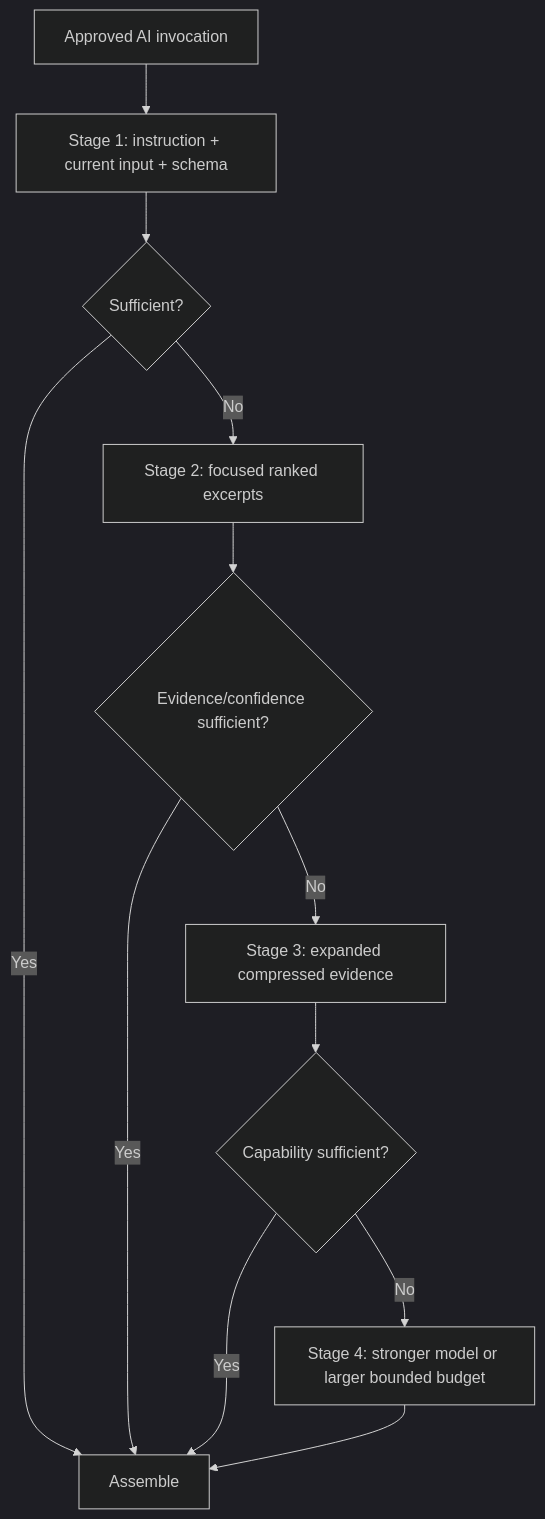
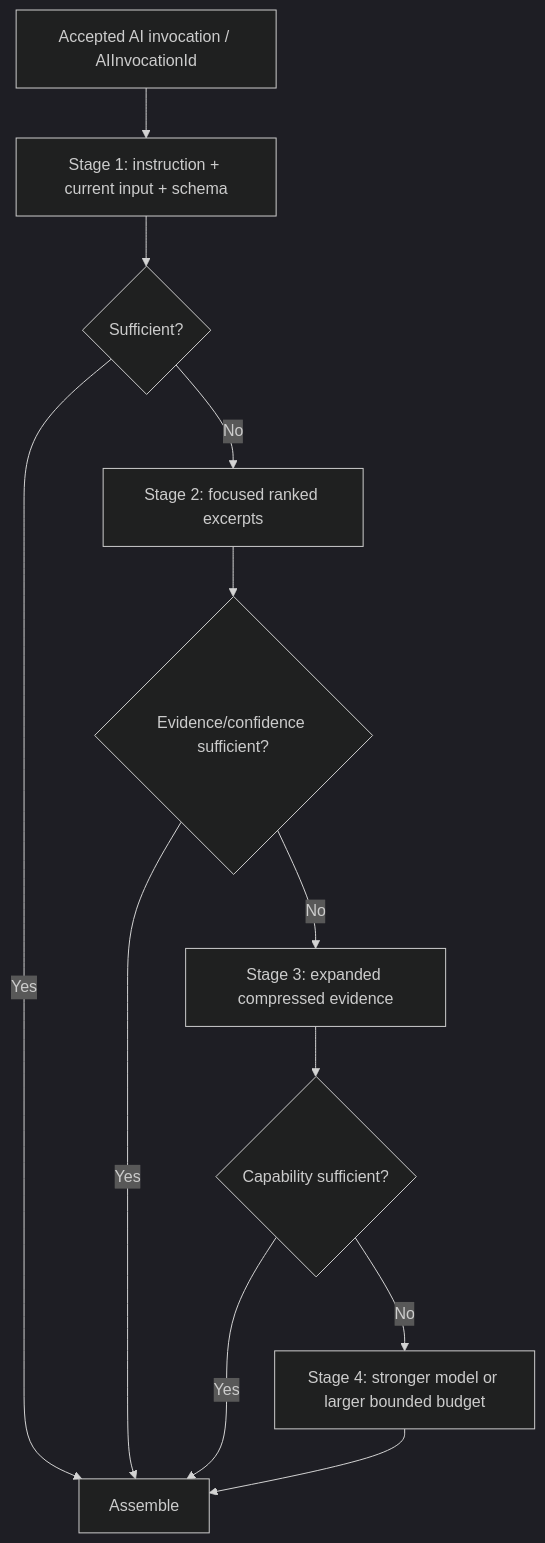
One commit to mayurbhavsar04/AIEOS changed the first of 2 diagrams in docs/architecture/PromptContextPipeline.md. Above: the diagram before and after it, drawn with Mermaid (dark theme). The commit also changed other lines of this file and 7 other files, not shown here.

````diff
--- a/docs/architecture/PromptContextPipeline.md
+++ b/docs/architecture/PromptContextPipeline.md
@@ -28,14 +28,14 @@
 ```mermaid
 flowchart TD
-    IN["Approved AI invocation"] --> S1["Stage 1: instruction + current input + schema"]
+    IN["Accepted AI invocation / AIInvocationId"] --> S1["Stage 1: instruction + current input + schema"]
     S1 --> E1{"Sufficient?"}
     E1 -->|"Yes"| BUILD["Assemble"]
     E1 -->|"No"| S2["Stage 2: focused ranked excerpts"]
     S2 --> E2{"Evidence/confidence sufficient?"}
     E2 -->|"Yes"| BUILD
     E2 -->|"No"| S3["Stage 3: expanded compressed evidence"]
     S3 --> E3{"Capability sufficient?"}
     E3 -->|"Yes"| BUILD
     E3 -->|"No"| S4["Stage 4: stronger model or larger bounded budget"]
     S4 --> BUILD
 ```
````
